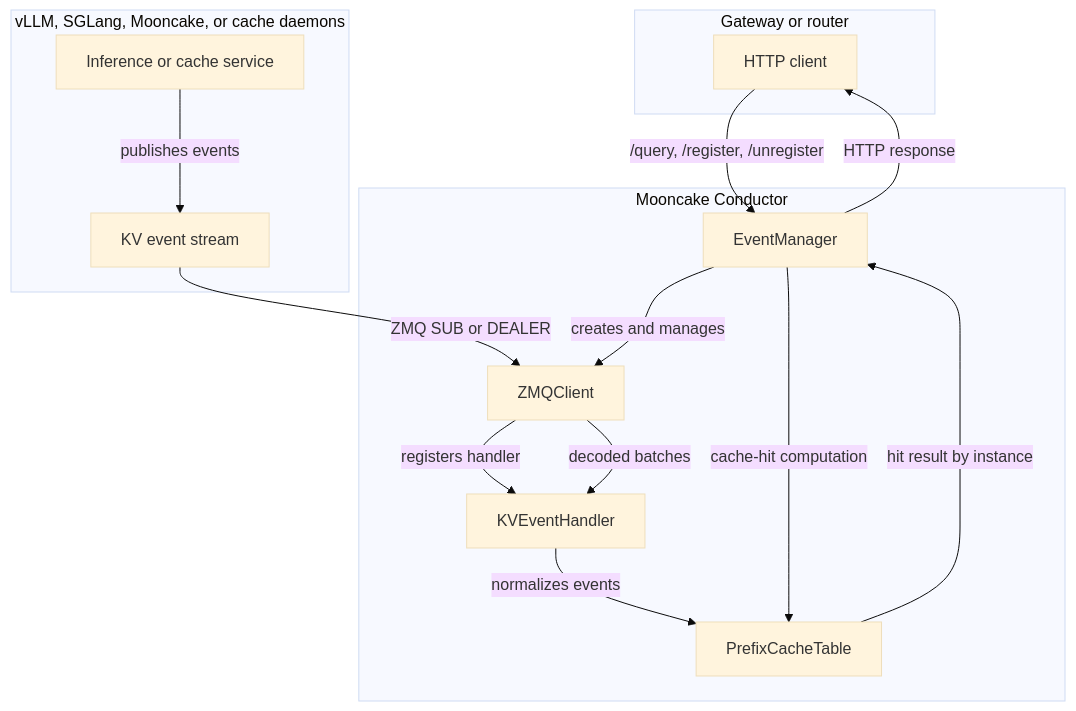
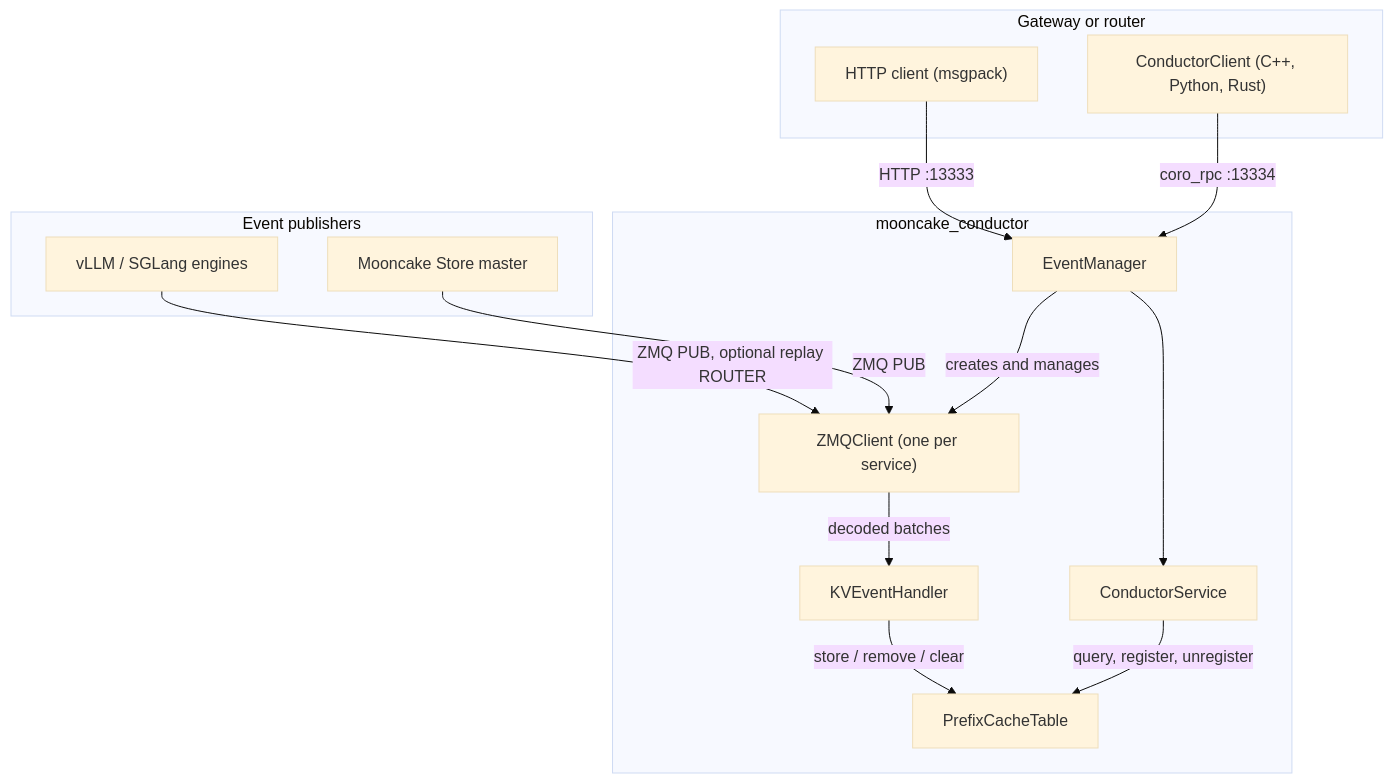
The diagram in docs/source/design/conductor/conductor-architecture-design.md (kvcache-ai/Mooncake), drawn with Mermaid (base theme) before and after one commit. The commit also changed other lines of this file and 5 other files, not shown here.

````diff
--- a/docs/source/design/conductor/conductor-architecture-design.md
+++ b/docs/source/design/conductor/conductor-architecture-design.md
@@ -16,29 +17,30 @@
 ```mermaid
 flowchart TD
     subgraph Router["Gateway or router"]
-        HTTPClient["HTTP client"]
+        HTTPClient["HTTP client (msgpack)"]
+        RPCClient["ConductorClient (C++, Python, Rust)"]
     end
 
-    subgraph Conductor["Mooncake Conductor"]
+    subgraph Conductor["mooncake_conductor"]
         EventManager["EventManager"]
-        ZMQClient["ZMQClient"]
+        Service["ConductorService"]
+        ZMQClient["ZMQClient (one per service)"]
         KVEventHandler["KVEventHandler"]
         PrefixCacheTable["PrefixCacheTable"]
     end
 
-    subgraph Publishers["vLLM, SGLang, Mooncake, or cache daemons"]
-        InferenceService["Inference or cache service"]
-        KVEvent["KV event stream"]
+    subgraph Publishers["Event publishers"]
+        Engine["vLLM / SGLang engines"]
+        Master["Mooncake Store master"]
     end
 
+    Engine -->|ZMQ PUB, optional replay ROUTER| ZMQClient
+    Master -->|ZMQ PUB| ZMQClient
     EventManager -->|creates and manages| ZMQClient
-    ZMQClient -->|registers handler| KVEventHandler
-    InferenceService -->|publishes events| KVEvent
-    KVEvent -->|ZMQ SUB or DEALER| ZMQClient
     ZMQClient -->|decoded batches| KVEventHandler
-    KVEventHandler -->|normalizes events| PrefixCacheTable
-    HTTPClient -->|/query, /register, /unregister| EventManager
-    EventManager -->|cache-hit computation| PrefixCacheTable
-    PrefixCacheTable -->|hit result by instance| EventManager
-    EventManager -->|HTTP response| HTTPClient
+    KVEventHandler -->|store / remove / clear| PrefixCacheTable
+    HTTPClient -->|HTTP :13333| EventManager
+    RPCClient -->|coro_rpc :13334| EventManager
+    EventManager --> Service
+    Service -->|query, register, unregister| PrefixCacheTable
 ```
````
